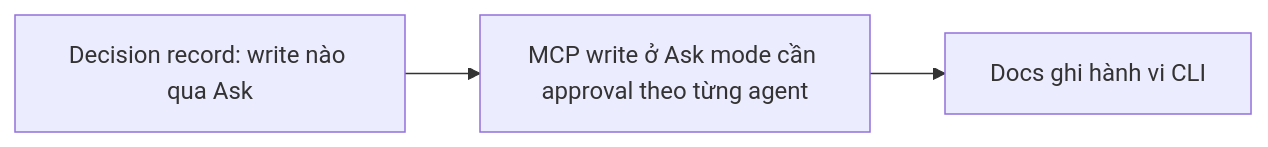
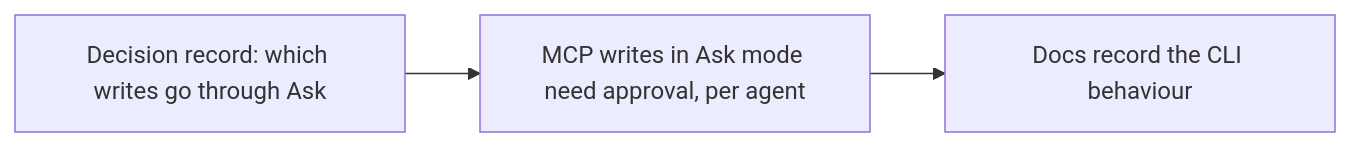
The diagram in plans/specs/v0.7-effects-export/us/US-09.md (jangtrinh/design-os-studio), drawn with Mermaid before and after one commit. The commit also changed other lines of this file and 38 other files, not shown here.

````diff
--- a/plans/specs/v0.7-effects-export/us/US-09.md
+++ b/plans/specs/v0.7-effects-export/us/US-09.md
@@ -42,5 +42,5 @@
 ```mermaid
 flowchart LR
-  A["Decision record: write nào qua Ask"] --> B["MCP write ở Ask mode cần approval theo từng agent"]
-  B --> C["Docs ghi hành vi CLI"]
+  A["Decision record: which writes go through Ask"] --> B["MCP writes in Ask mode need approval, per agent"]
+  B --> C["Docs record the CLI behaviour"]
 ```
````
